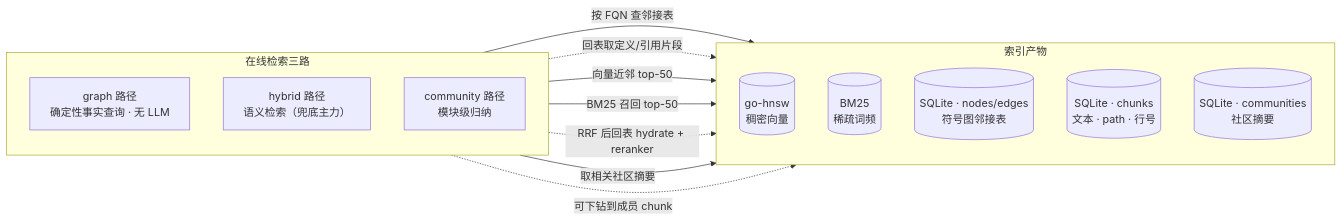
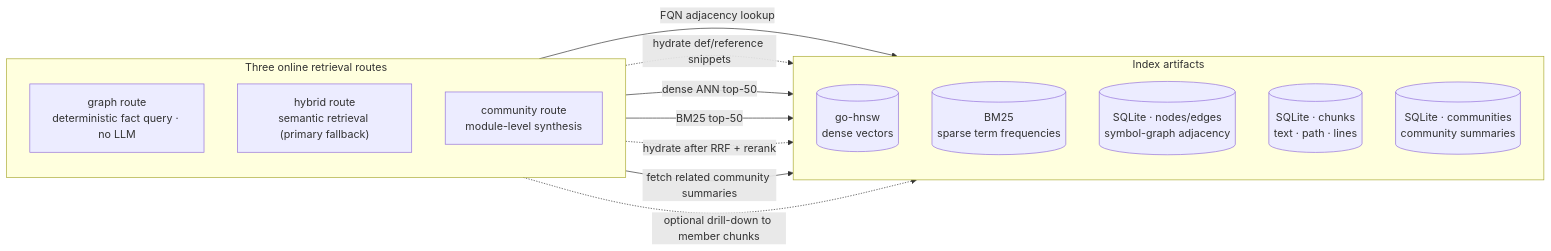
Before and after one commit to AndyUneducated/repo-sage: the fourth of 11 diagrams in README.md, drawn with Mermaid. The commit also changed other lines of this file and 14 other files, not shown here.

````diff
--- a/README.md
+++ b/README.md
@@ -147,28 +147,28 @@
 ```mermaid
 flowchart LR
-  subgraph Routes["在线检索三路"]
+  subgraph Routes["Three online retrieval routes"]
     direction TB
-    Rg["graph 路径<br/>确定性事实查询 · 无 LLM"]
-    Rh["hybrid 路径<br/>语义检索（兜底主力）"]
-    Rc["community 路径<br/>模块级归纳"]
+    Rg["graph route<br/>deterministic fact query · no LLM"]
+    Rh["hybrid route<br/>semantic retrieval (primary fallback)"]
+    Rc["community route<br/>module-level synthesis"]
   end
 
-  subgraph Artifacts["索引产物"]
+  subgraph Artifacts["Index artifacts"]
     direction TB
-    HN[("go-hnsw<br/>稠密向量")]
-    BM[("BM25<br/>稀疏词频")]
-    SG[("SQLite · nodes/edges<br/>符号图邻接表")]
-    CH[("SQLite · chunks<br/>文本 · path · 行号")]
-    SU[("SQLite · communities<br/>社区摘要")]
+    HN[("go-hnsw<br/>dense vectors")]
+    BM[("BM25<br/>sparse term frequencies")]
+    SG[("SQLite · nodes/edges<br/>symbol-graph adjacency")]
+    CH[("SQLite · chunks<br/>text · path · lines")]
+    SU[("SQLite · communities<br/>community summaries")]
   end
 
-  Rg -->|"按 FQN 查邻接表"| SG
-  Rg -. "回表取定义/引用片段" .-> CH
+  Rg -->|"FQN adjacency lookup"| SG
+  Rg -. "hydrate def/reference snippets" .-> CH
 
-  Rh -->|"向量近邻 top-50"| HN
-  Rh -->|"BM25 召回 top-50"| BM
-  Rh -. "RRF 后回表 hydrate + reranker" .-> CH
+  Rh -->|"dense ANN top-50"| HN
+  Rh -->|"BM25 top-50"| BM
+  Rh -. "hydrate after RRF + rerank" .-> CH
 
-  Rc -->|"取相关社区摘要"| SU
-  Rc -. "可下钻到成员 chunk" .-> CH
+  Rc -->|"fetch related community summaries"| SU
+  Rc -. "optional drill-down to member chunks" .-> CH
 ```
````
